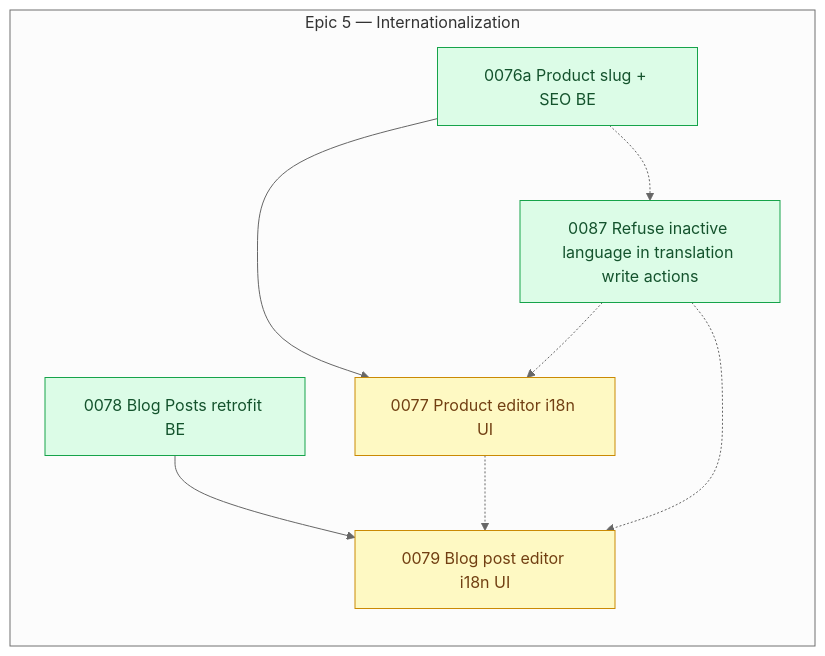
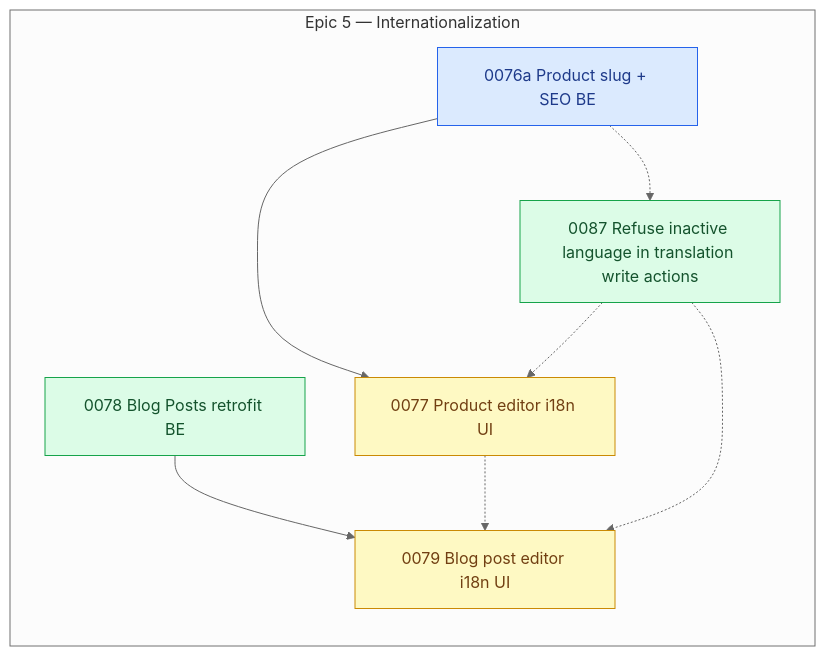
The diagram in arospe/ai-spec/tasks-map.md (shojen/AI4Devs-finalproject), drawn with Mermaid (neutral theme) before and after one commit. The commit also changed other lines of this file and 5 other files, not shown here.

```diff
--- a/arospe/ai-spec/tasks-map.md
+++ b/arospe/ai-spec/tasks-map.md
@@ -634,7 +636,8 @@
     %% (P0083 -.-> P0085 and P0083 --> P0086 dropped: 0083 is done; 0086 is now ready.)
 
     class P0077,P0079 pending;
-    class P0076a,P0078,P0087 ready;
+    class P0078,P0087 ready;
+    class P0076a claimed;
     P0087 -.-> P0079
     P0087 -.-> P0077
     %% (P0075 closed to done/ 2026-10-27; P0073 closed to done/ 2026-10-08; no node remains `claimed`.)
```
